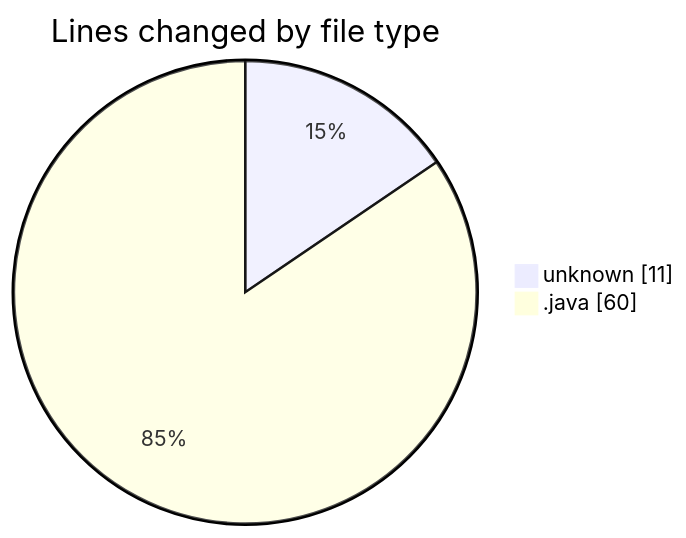
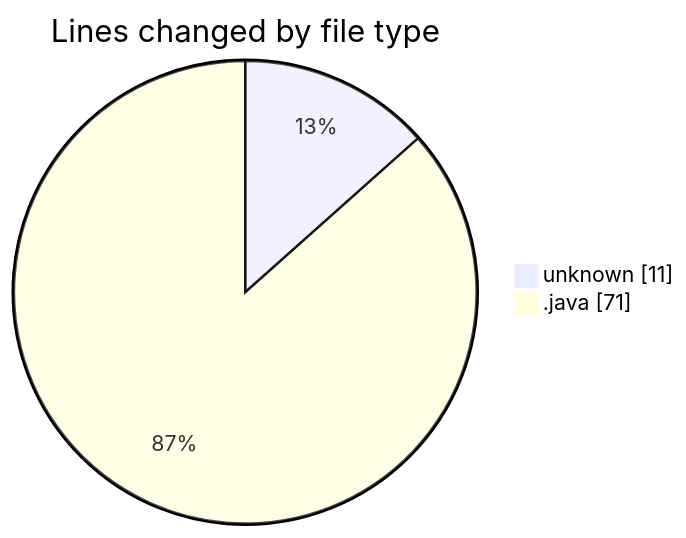
One commit to hasnaa123/code-tracking changed the first of 2 diagrams in 2026-04-12/chatserver/README.md. Above: the diagram before and after it, drawn with Mermaid. The commit also changed other lines of this file and 1 other file, not shown here.

````diff
--- a/2026-04-12/chatserver/README.md
+++ b/2026-04-12/chatserver/README.md
@@ -22,6 +22,6 @@
 ```mermaid
 pie showData
 title Lines changed by file type
 "unknown" : 11
-".java" : 60
+".java" : 71
 ```
````
